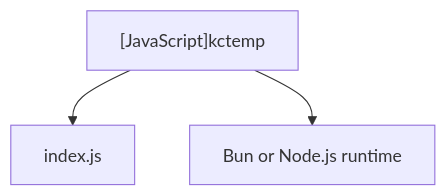
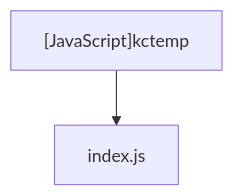
The diagram in kctemp/docs/variables'n'functions/[JavaScript]kctemp.md (DovahkiinYuzuko/KanColle-Yuzuko-Blog), drawn with Mermaid before and after one commit. The commit also changed other lines of this file and 7 other files, not shown here.

````diff
--- a/kctemp/docs/variables'n'functions/[JavaScript]kctemp.md
+++ b/kctemp/docs/variables'n'functions/[JavaScript]kctemp.md
@@ -20,5 +20,4 @@
 ```mermaid
 graph TD
     kctemp["[JavaScript]kctemp"] --> index["index.js"]
-    kctemp --> Runtime["Bun or Node.js runtime"]
 ```
````
